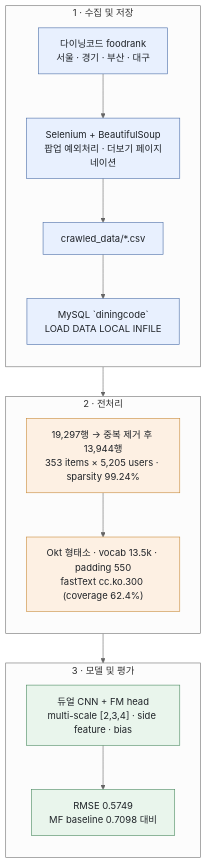
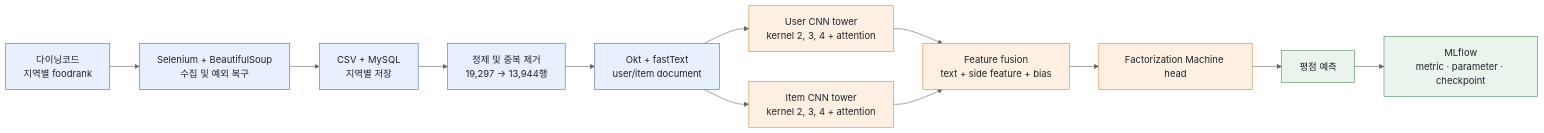
Before and after one commit to han942/ai-ds-projects: the diagram in projects/rating_recsys/README_KOR.md, drawn with Mermaid (neutral theme). The commit also changed other lines of this file and 11 other files, not shown here.

````diff
--- a/projects/rating_recsys/README_KOR.md
+++ b/projects/rating_recsys/README_KOR.md
@@ -7,29 +32,22 @@
 ```mermaid
-flowchart TB
-    subgraph S1["1 · 수집 및 저장"]
-        direction TB
-        A["다이닝코드 foodrank<br/>서울 · 경기 · 부산 · 대구"] --> B["Selenium + BeautifulSoup<br/>팝업 예외처리 · 더보기 페이지네이션"]
-        B --> C["crawled_data/*.csv"]
-        C --> D["MySQL `diningcode`<br/>LOAD DATA LOCAL INFILE"]
-    end
+flowchart LR
+    A["다이닝코드<br/>지역별 foodrank"] --> B["Selenium + BeautifulSoup<br/>수집 및 예외 복구"]
+    B --> C["CSV + MySQL<br/>지역별 저장"]
+    C --> D["정제 및 중복 제거<br/>19,297 → 13,944행"]
+    D --> E["Okt + fastText<br/>user/item document"]
 
-    subgraph S2["2 · 전처리"]
-        direction TB
-        E["19,297행 → 중복 제거 후 13,944행<br/>353 items × 5,205 users · sparsity 99.24%"] --> F["Okt 형태소 · vocab 13.5k · padding 550<br/>fastText cc.ko.300 (coverage 62.4%)"]
-    end
-
-    subgraph S3["3 · 모델 및 평가"]
-        direction TB
-        G["듀얼 CNN + FM head<br/>multi-scale [2,3,4] · side feature · bias"] --> H["RMSE 0.5749<br/>MF baseline 0.7098 대비"]
-    end
-
-    C --> E
-    F --> G
+    E --> U["User CNN tower<br/>kernel 2, 3, 4 + attention"]
+    E --> I["Item CNN tower<br/>kernel 2, 3, 4 + attention"]
+    U --> F["Feature fusion<br/>text + side feature + bias"]
+    I --> F
+    F --> G["Factorization Machine head"]
+    G --> H["평점 예측"]
+    H --> M["MLflow<br/>metric · parameter · checkpoint"]
 
     classDef data fill:#e8f0fe,stroke:#4a6da7,color:#1f2328
-    classDef train fill:#fdf0e3,stroke:#c98b3a,color:#1f2328
-    classDef eval fill:#e9f5ec,stroke:#4a8a5f,color:#1f2328
-    class A,B,C,D data
-    class E,F train
-    class G,H eval
+    classDef model fill:#fdf0e3,stroke:#c98b3a,color:#1f2328
+    classDef result fill:#e9f5ec,stroke:#4a8a5f,color:#1f2328
+    class A,B,C,D,E data
+    class U,I,F,G model
+    class H,M result
 ```
````
